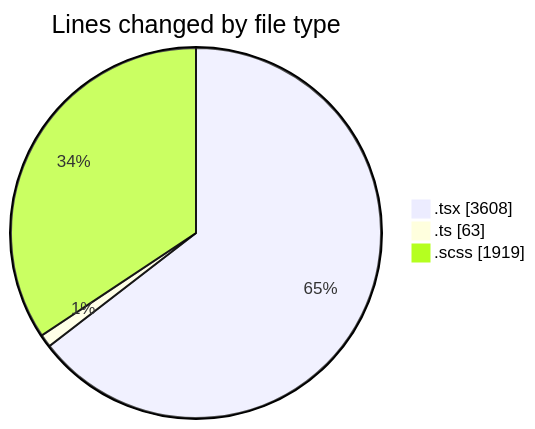
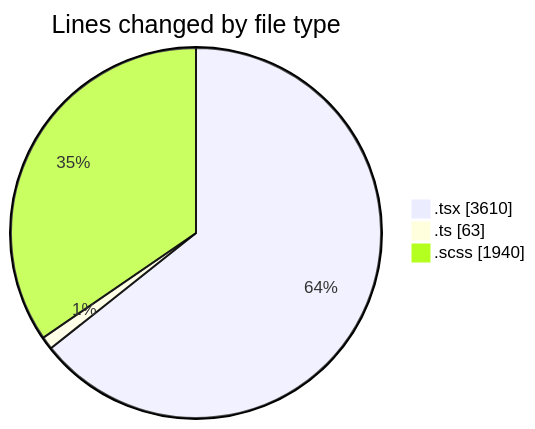
The first of 2 diagrams in 2025-04-02/cda/README.md (momahboobian/code-tracking), drawn with Mermaid before and after one commit. The commit also changed other lines of this file and 1 other file, not shown here.

````diff
--- a/2025-04-02/cda/README.md
+++ b/2025-04-02/cda/README.md
@@ -30,7 +30,7 @@
 ```mermaid
 pie showData
 title Lines changed by file type
-".tsx" : 3608
+".tsx" : 3610
 ".ts" : 63
-".scss" : 1919
+".scss" : 1940
 ```
````
